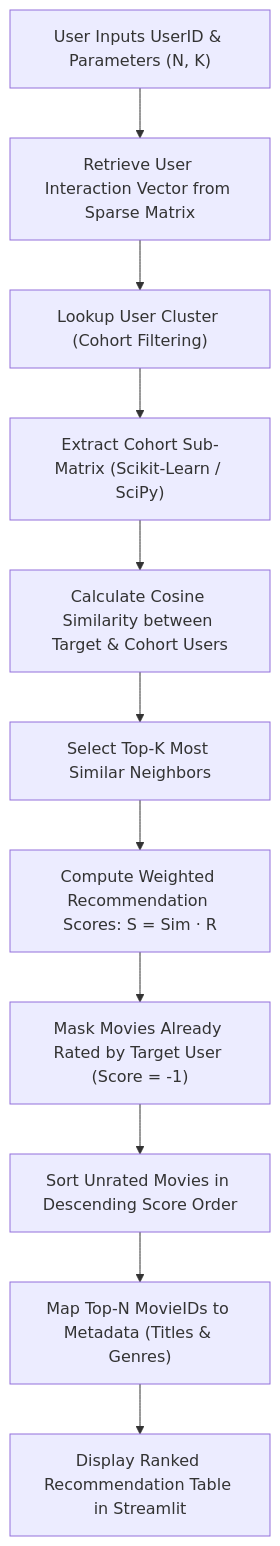
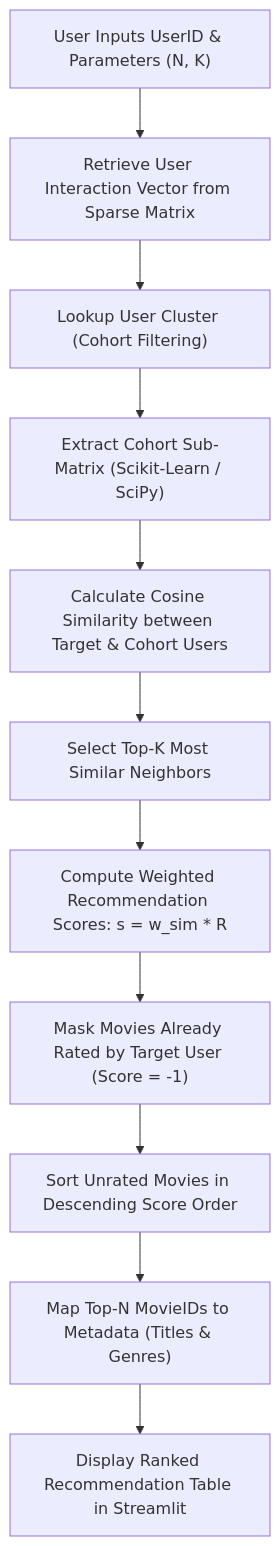
Before and after one commit to itskiishan/personalized-movie-recommendation-system: the diagram in README.md, drawn with Mermaid. The commit also changed other lines of this file, not shown here.

````diff
--- a/README.md
+++ b/README.md
@@ -81,13 +96,13 @@
 ```mermaid
 flowchart TD
     A["User Inputs UserID & Parameters (N, K)"] --> B["Retrieve User Interaction Vector from Sparse Matrix"]
     B --> C["Lookup User Cluster (Cohort Filtering)"]
     C --> D["Extract Cohort Sub-Matrix (Scikit-Learn / SciPy)"]
     D --> E["Calculate Cosine Similarity between Target & Cohort Users"]
     E --> F["Select Top-K Most Similar Neighbors"]
-    F --> G["Compute Weighted Recommendation Scores: S = Sim · R"]
+    F --> G["Compute Weighted Recommendation Scores: s = w_sim * R"]
     G --> H["Mask Movies Already Rated by Target User (Score = -1)"]
     H --> I["Sort Unrated Movies in Descending Score Order"]
     I --> J["Map Top-N MovieIDs to Metadata (Titles & Genres)"]
     J --> K["Display Ranked Recommendation Table in Streamlit"]
 ```
````
